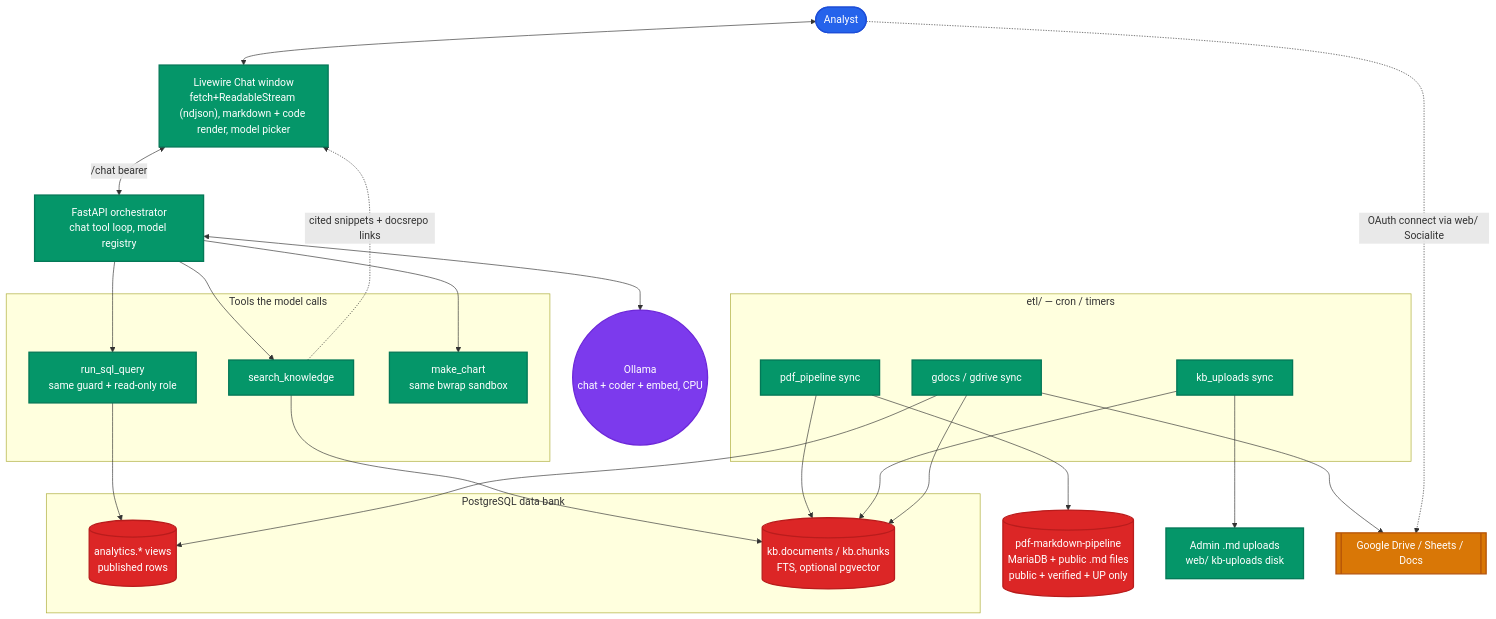
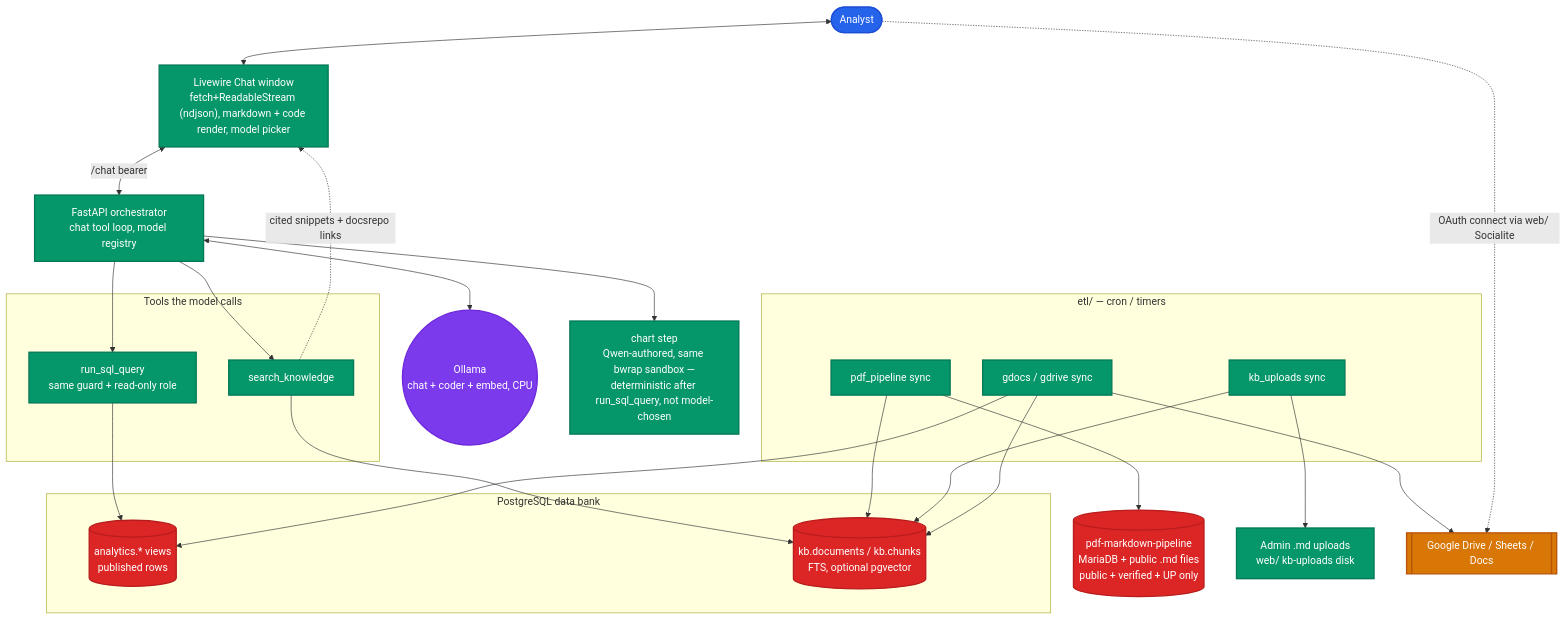
The fifth of 7 diagrams in ARCHITECTURE.md (SubhanRaj/excise-mcp-dashboard), drawn with Mermaid before and after one commit. The commit also changed other lines of this file and 4 other files, not shown here.

First line of the commit message:
Update docs to describe the chat chart step as deterministic, not a model-called tool

````diff
--- a/ARCHITECTURE.md
+++ b/ARCHITECTURE.md
@@ -465,54 +466,54 @@
 ```mermaid
 flowchart TD
     classDef client fill:#2563eb,stroke:#1d4ed8,stroke-width:2px,color:#fff
     classDef app fill:#059669,stroke:#047857,stroke-width:2px,color:#fff
     classDef ai fill:#7c3aed,stroke:#6d28d9,stroke-width:2px,color:#fff
     classDef db fill:#dc2626,stroke:#b91c1c,stroke-width:2px,color:#fff
     classDef ext fill:#d97706,stroke:#b45309,stroke-width:2px,color:#fff
 
     User(["Analyst"]):::client
     Chat["Livewire Chat window<br/>fetch+ReadableStream (ndjson), markdown + code render, model picker"]:::app
     Orch["FastAPI orchestrator<br/>chat tool loop, model registry"]:::app
     Ollama(("Ollama<br/>chat + coder + embed, CPU")):::ai
 
     subgraph Tools["Tools the model calls"]
         T1["search_knowledge"]:::app
         T2["run_sql_query<br/>same guard + read-only role"]:::app
-        T3["make_chart<br/>same bwrap sandbox"]:::app
     end
+    T3["chart step<br/>Qwen-authored, same bwrap sandbox —<br/>deterministic after run_sql_query, not model-chosen"]:::app
 
     subgraph Bank["PostgreSQL data bank"]
         AN[("analytics.* views<br/>published rows")]:::db
         KB[("kb.documents / kb.chunks<br/>FTS, optional pgvector")]:::db
     end
 
     subgraph Ingest["etl/ — cron / timers"]
         E1["pdf_pipeline sync"]:::app
         E2["kb_uploads sync"]:::app
         E3["gdocs / gdrive sync"]:::app
     end
 
     PDFP[("pdf-markdown-pipeline<br/>MariaDB + public .md files<br/>public + verified + UP only")]:::db
     UP["Admin .md uploads<br/>web/ kb-uploads disk"]:::app
     G[["Google Drive / Sheets / Docs"]]:::ext
 
     User <--> Chat
     Chat <-->|"/chat bearer"| Orch
     Orch <--> Ollama
     Orch --> T1
     T1 --> KB
     Orch --> T2
     T2 --> AN
     Orch --> T3
     T1 -.->|"cited snippets + docsrepo links"| Chat
 
     E1 --> PDFP
     E1 --> KB
     E2 --> UP
     E2 --> KB
     E3 --> G
     E3 --> KB
     E3 --> AN
 
     User -.->|"OAuth connect via web/ Socialite"| G
 ```
````
